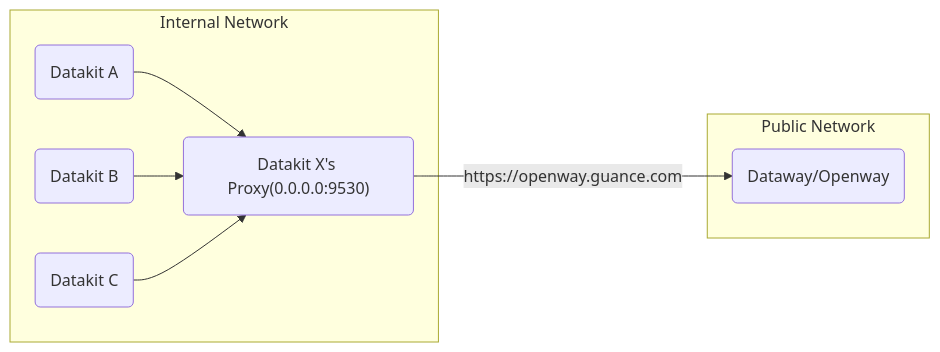
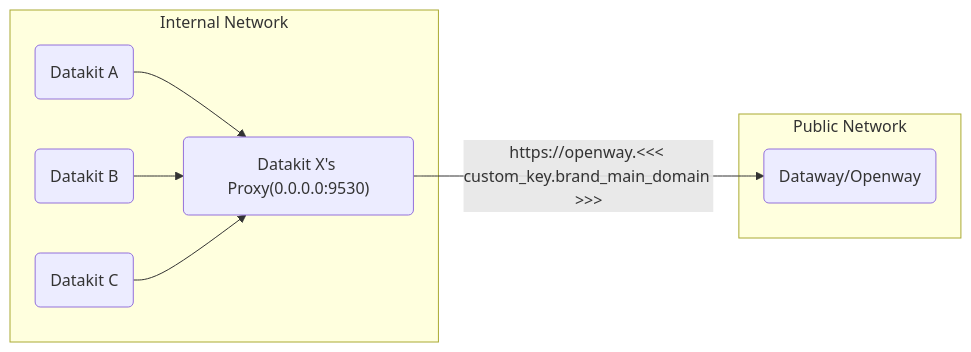
The diagram in docs/en/integrations/proxy.md (GuanceCloud/guance-docs), drawn with Mermaid before and after one commit. The commit also changed other lines of this file and 491 other files, not shown here.

````diff
--- a/docs/en/integrations/proxy.md
+++ b/docs/en/integrations/proxy.md
@@ -93,18 +93,18 @@
 ``` mermaid
 flowchart LR;
 dk_A(Datakit A);
 dk_B(Datakit B);
 dk_C(Datakit C);
 dk_X_proxy("Datakit X's Proxy(0.0.0.0:9530)");
 dw(Dataway/Openway);
 
 subgraph "Internal Network"
 dk_A --> dk_X_proxy;
 dk_B --> dk_X_proxy;
 dk_C --> dk_X_proxy;
 end
 
 subgraph "Public Network"
-dk_X_proxy --> |https://openway.guance.com|dw;
+dk_X_proxy --> |https://openway.<<< custom_key.brand_main_domain >>>|dw;
 end
 ```
````
